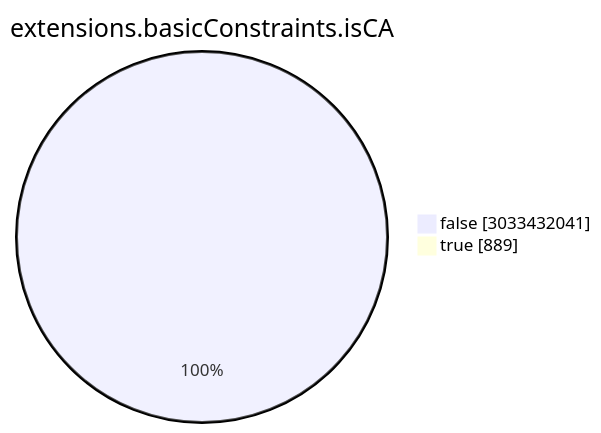
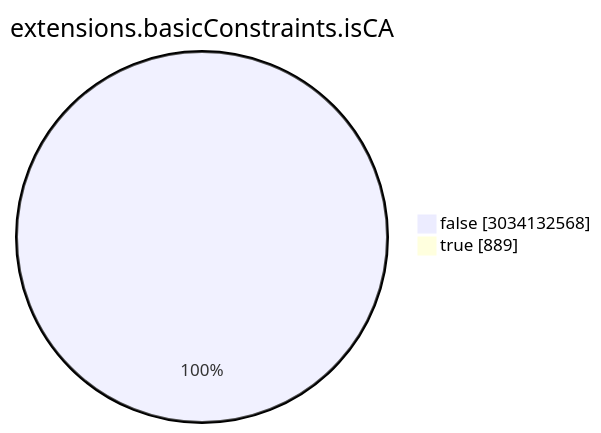
One commit to christiankrug/ctmonitor_visualization changed the seventh of 15 diagrams in TOTAL/README.md. Above: the diagram before and after it, drawn with Mermaid. The commit also changed other lines of this file, not shown here.

````diff
--- a/TOTAL/README.md
+++ b/TOTAL/README.md
@@ -3086,6 +3086,6 @@
 ```mermaid
 pie showData
 title extensions.basicConstraints.isCA
-"false" :3033432041
+"false" :3034132568
 "true" :889
 ```
````
